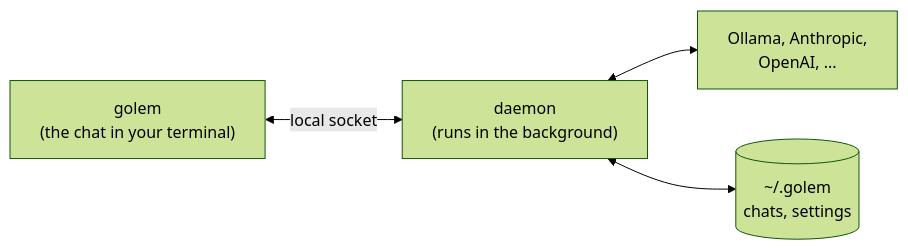
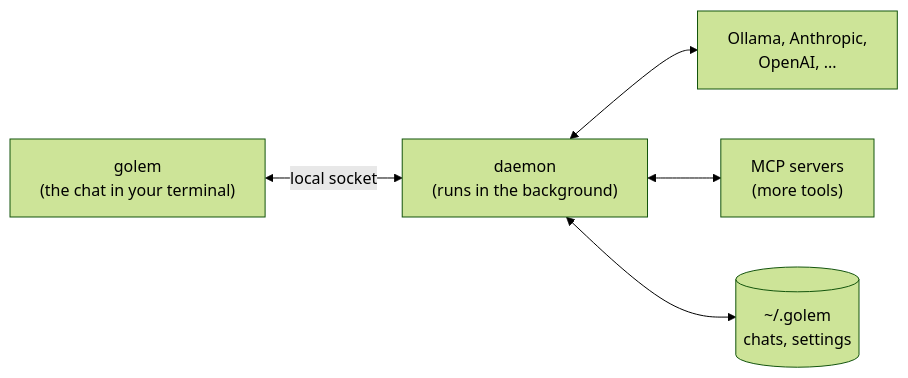
Before and after one commit to MilanPavel/golem: the diagram in README.md, drawn with Mermaid (forest theme). The commit also changed other lines of this file and 45 other files, not shown here.

Commit message:
MCP - golem runs stdio MCP servers from config.toml

````diff
--- a/README.md
+++ b/README.md
@@ -165,6 +199,7 @@
 ```mermaid
 flowchart LR
   tui["golem<br/>(the chat in your terminal)"] <-->|local socket| daemon["daemon<br/>(runs in the background)"]
   daemon <--> models["Ollama, Anthropic,<br/>OpenAI, ..."]
+  daemon <--> mcp["MCP servers<br/>(more tools)"]
   daemon <--> data[("~/.golem<br/>chats, settings")]
 ```
````
